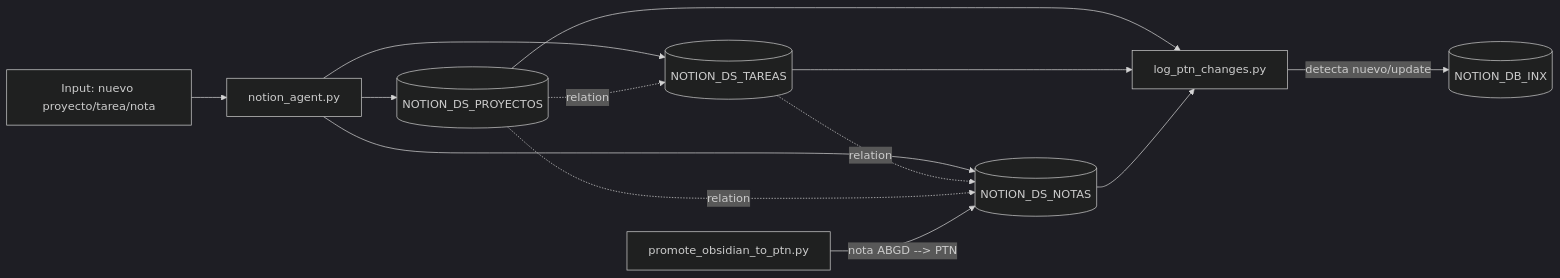
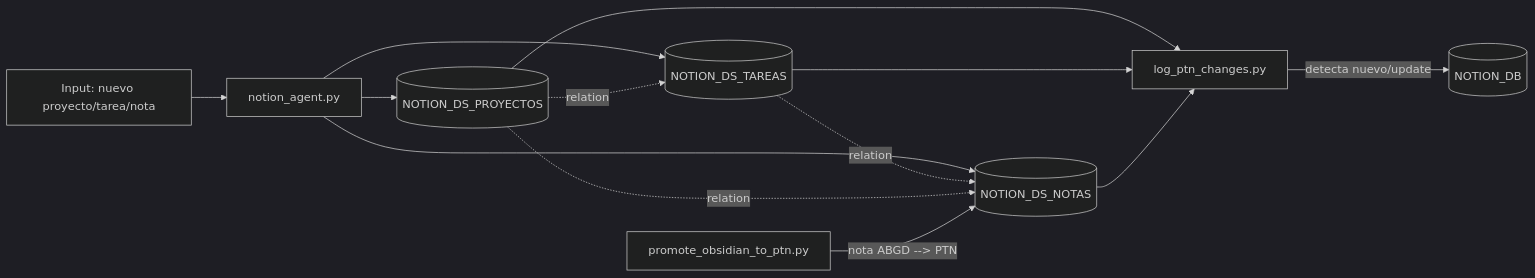
The third of 11 diagrams in docs/pipeline-atlas.md (dalarconrub/coworkia), drawn with Mermaid (dark theme) before and after one commit. The commit also changed other lines of this file and 45 other files, not shown here.

````diff
--- a/docs/pipeline-atlas.md
+++ b/docs/pipeline-atlas.md
@@ -104,17 +104,17 @@
 ```mermaid
 flowchart LR
     NEW[Input: nuevo proyecto/tarea/nota] --> AGENT[notion_agent.py]
     AGENT --> DS_P[(NOTION_DS_PROYECTOS)]
     AGENT --> DS_T[(NOTION_DS_TAREAS)]
     AGENT --> DS_N[(NOTION_DS_NOTAS)]
     DS_P -.relation.-> DS_T
     DS_T -.relation.-> DS_N
     DS_P -.relation.-> DS_N
 
-    LOG[log_ptn_changes.py] -->|detecta nuevo/update| INX_DB[(NOTION_DB_INX)]
+    LOG[log_ptn_changes.py] -->|detecta nuevo/update| INX_DB[(NOTION_DB)]
     DS_P --> LOG
     DS_T --> LOG
     DS_N --> LOG
 
     PROMO[promote_obsidian_to_ptn.py] -->|nota ABGD --> PTN| DS_N
 ```
````
